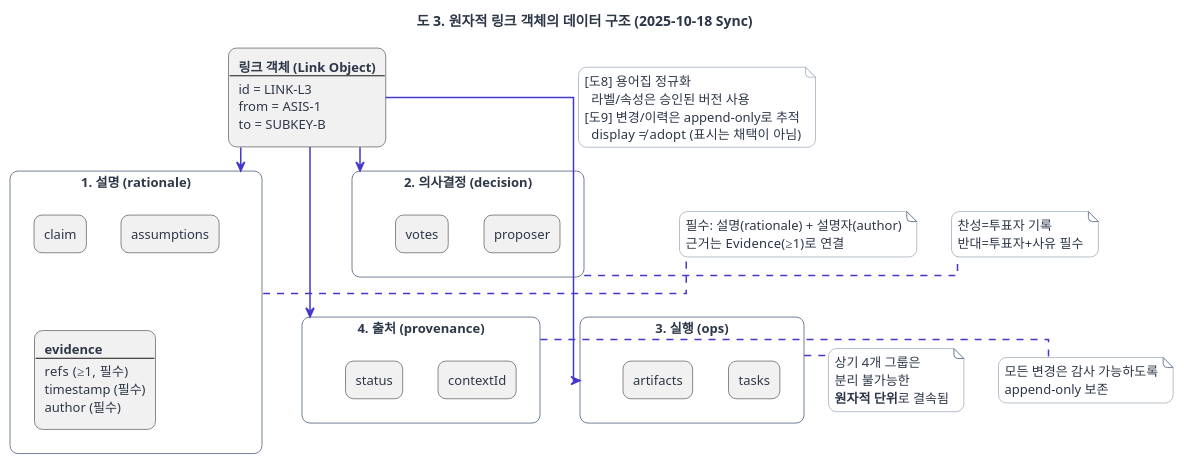
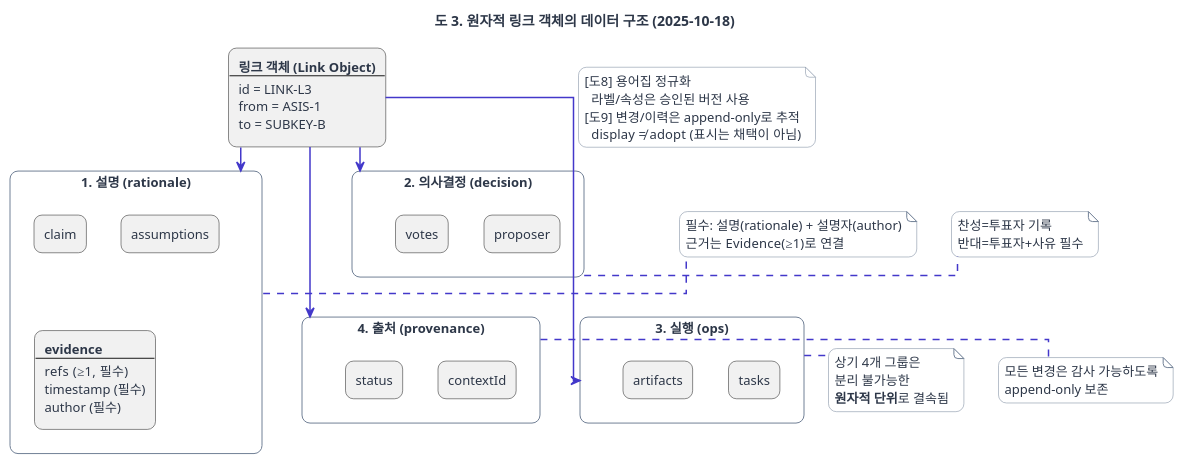
The diagram in diagrams/4_atomic_link_object_ds.puml (hamnYK/worflogyTemp), drawn with PlantUML before and after one commit. The commit also changed 14 other files, not shown here.

```diff
--- a/diagrams/4_atomic_link_object_ds.puml
+++ b/diagrams/4_atomic_link_object_ds.puml
@@ -1,153 +1,153 @@
 @startuml
 
-title 도 3. 원자적 링크 객체의 데이터 구조 (2025-10-18 Sync)
+title 도 3. 원자적 링크 객체의 데이터 구조 (2025-10-18)
 
 '================================================================
 ' Worflogy.com Website Theme for PlantUML
 '================================================================
 
 '// 1. 전역 스타일 (Global Style & Fonts) //
 skinparam backgroundColor #ffffff
 skinparam defaultFontName "Pretendard"
 skinparam defaultFontSize 13
 skinparam defaultFontColor #2D3748
 skinparam shadowing false
 skinparam roundCorner 16
 
 '// 2. 화살표 및 연결선 스타일 (Arrow & Connector Style) //
 skinparam ArrowColor #718096
 skinparam ArrowThickness 1.5
 skinparam ArrowFontColor #718096
 skinparam ArrowFontSize 12
 skinparam linetype ortho
 
 '// 3. 기본 요소 스타일 (Standard Elements Style) //
 skinparam card {
   BackgroundColor #ffffff
   BorderColor #718096
 }
 skinparam note {
   BackgroundColor #ffffff
   BorderColor #718096
   FontColor #2D3748
 }
 skinparam component {
   BackgroundColor #ffffff
   BorderColor #718096
 }
 skinparam package {
   BackgroundColor #ffffff
   BorderColor #718096
 }
 skinparam database {
   BackgroundColor #ffffff
   BorderColor #718096
 }
 ' [추가] 파티션(Partition) 스타일 정의
 skinparam partition {
   BackgroundColor #F4F6F8 ' 웹사이트의 연한 배경색으로 구분감 부여
   BorderColor #718096
   FontColor #2D3748
 }
 
 '// 4. 강조 요소 스타일 (Accent Elements Style) //
 skinparam actor {
   BackgroundColor #4338CA
   BorderColor #4338CA
   FontColor #ffffff
 }
 skinparam participant {
   BackgroundColor #4338CA
   BorderColor #4338CA
   FontColor #ffffff
 }
 skinparam usecase {
   BackgroundColor #ffffff
   BorderColor #4338CA
   ArrowColor #4338CA
 }
 skinparam activity {
   BackgroundColor #ffffff
   BorderColor #4338CA
   FontColor #2D3748
 }
 
 '// 5. 클래스 다이어그램 스타일 (Class Diagram Style) //
 skinparam class {
   BackgroundColor #ffffff
   BorderColor #718096 ' [수정] 테두리 색상 변경
   HeaderBackgroundColor #4338CA
   FontColor #ffffff
   AttributeFontColor #2D3748
   AttributeFontSize 12
 }
 
 '================================================================
 
 ' Main Object
 rectangle "<b>링크 객체 (Link Object)</b>\n--\nid = LINK-L3\nfrom = ASIS-1\nto = SUBKEY-B" as Link
 
 ' Group rectangles for sub-properties
 rectangle "<b>1. 설명 (rationale)</b>" as Rationale {
   rectangle "claim"
   rectangle "assumptions"
   rectangle "<b>evidence</b>\n--\nrefs (≥1, 필수)\ntimestamp (필수)\nauthor (필수)" as Evidence
 }
 
 rectangle "<b>2. 의사결정 (decision)</b>" as Decision {
   rectangle "proposer"
   rectangle "votes"
 }
 
 rectangle "<b>3. 실행 (ops)</b>" as Ops {
   rectangle "tasks"
   rectangle "artifacts"
 }
 
 rectangle "<b>4. 출처 (provenance)</b>" as Provenance {
   rectangle "contextId"
   rectangle "status"
 }
 
 ' Layout using hidden links to create a 2x2 grid
 Link -[hidden]down- Rationale
 Rationale -[hidden]right- Decision
 Decision -[hidden]down- Ops
 Rationale -[hidden]down- Provenance
 Provenance -[hidden]right- Ops
 
 ' Visible connections
 Link -down-> Rationale
 Link -down-> Decision
 Link -down-> Provenance
 Link -down-> Ops
 
 note right of Ops
   상기 4개 그룹은
   분리 불가능한
   <b>원자적 단위</b>로 결속됨
 end note
 
 note right of Link
 [도8] 용어집 정규화
   라벨/속성은 승인된 버전 사용
 [도9] 변경/이력은 append-only로 추적
   display ≠ adopt (표시는 채택이 아님)
 end note
 
 note right of Rationale
   필수: 설명(rationale) + 설명자(author)
   근거는 Evidence(≥1)로 연결
 end note
 
 note right of Decision
   찬성=투표자 기록
   반대=투표자+사유 필수
 end note
 
 note right of Provenance
   모든 변경은 감사 가능하도록
   append-only 보존
 end note
 
 @enduml
```
